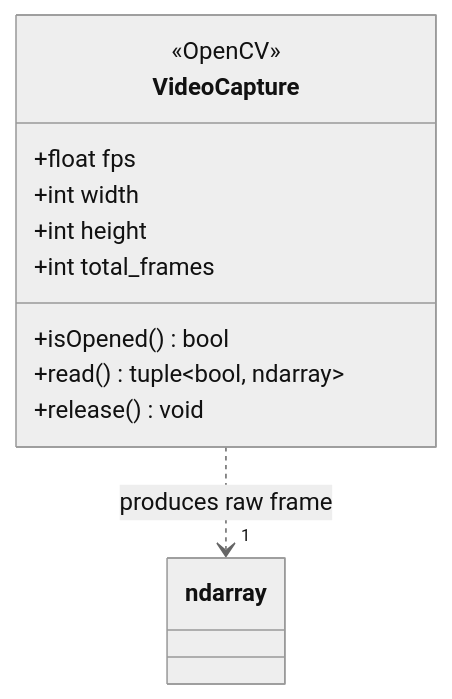
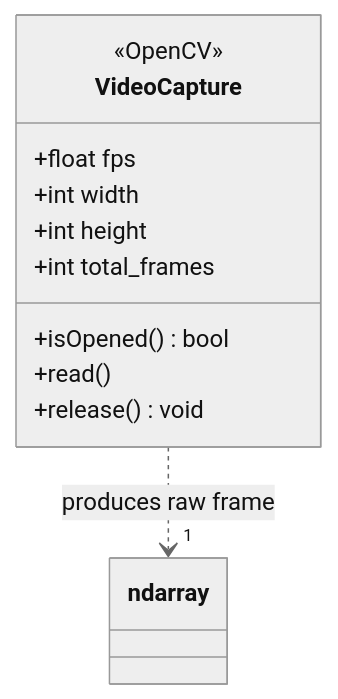
One commit to pallavivishnurathod/yolotest-yolo changed the second of 7 diagrams in VIDEO_CLASS_DIAGRAM.md. Above: the diagram before and after it, drawn with Mermaid (neutral theme). The commit also changed other lines of this file and 6 other files, not shown here.

````diff
--- a/VIDEO_CLASS_DIAGRAM.md
+++ b/VIDEO_CLASS_DIAGRAM.md
@@ -114,14 +114,14 @@
 ```mermaid
 classDiagram
     class VideoCapture {
         <<OpenCV>>
         +float fps
         +int width
         +int height
         +int total_frames
         +isOpened() bool
-        +read() tuple~bool, ndarray~
+        +read()
         +release() void
     }
     VideoCapture ..> "1" ndarray : produces raw frame
 ```
````
